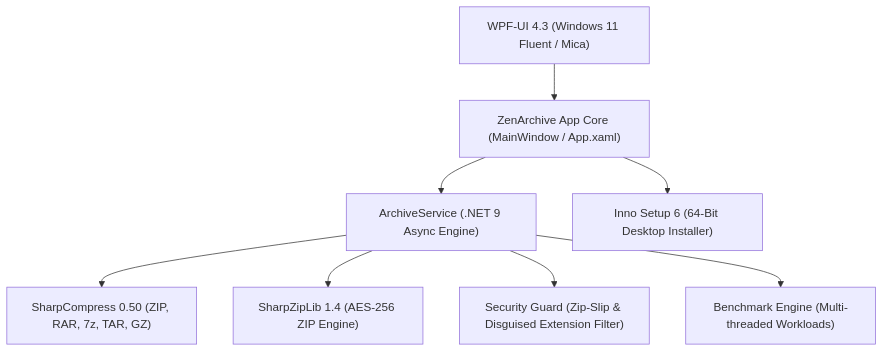
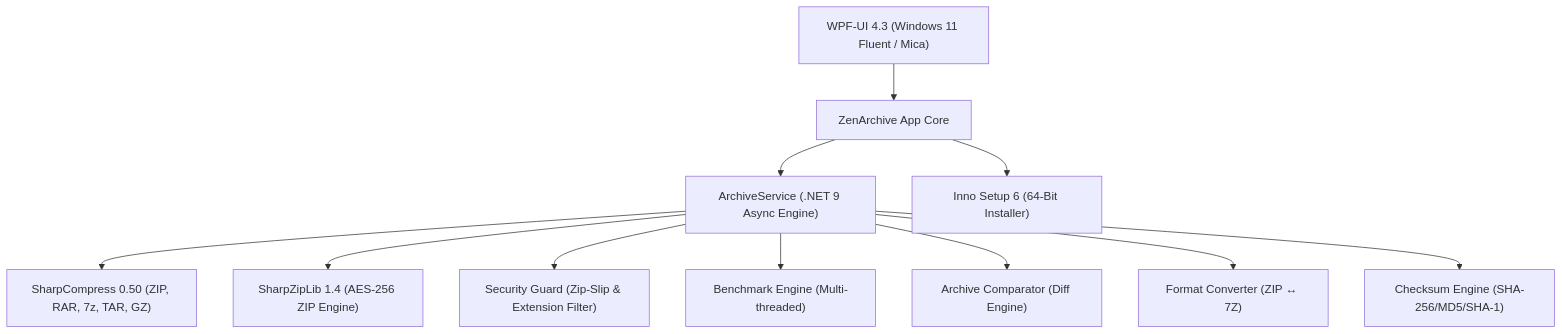
The diagram in README.md (Tabish955/ZenArchieve), drawn with Mermaid before and after one commit. The commit also changed other lines of this file and 393 other files, not shown here.

````diff
--- a/README.md
+++ b/README.md
@@ -110,10 +142,13 @@
 ```mermaid
 graph TD
-    UI["WPF-UI 4.3 (Windows 11 Fluent / Mica)"] --> App["ZenArchive App Core (MainWindow / App.xaml)"]
+    UI["WPF-UI 4.3 (Windows 11 Fluent / Mica)"] --> App["ZenArchive App Core"]
     App --> Service["ArchiveService (.NET 9 Async Engine)"]
     Service --> SC["SharpCompress 0.50 (ZIP, RAR, 7z, TAR, GZ)"]
     Service --> SZ["SharpZipLib 1.4 (AES-256 ZIP Engine)"]
-    Service --> Sec["Security Guard (Zip-Slip & Disguised Extension Filter)"]
-    Service --> Bench["Benchmark Engine (Multi-threaded Workloads)"]
-    App --> Setup["Inno Setup 6 (64-Bit Desktop Installer)"]
+    Service --> Sec["Security Guard (Zip-Slip & Extension Filter)"]
+    Service --> Bench["Benchmark Engine (Multi-threaded)"]
+    Service --> Compare["Archive Comparator (Diff Engine)"]
+    Service --> Convert["Format Converter (ZIP ↔ 7Z)"]
+    Service --> Hash["Checksum Engine (SHA-256/MD5/SHA-1)"]
+    App --> Setup["Inno Setup 6 (64-Bit Installer)"]
 ```
````
